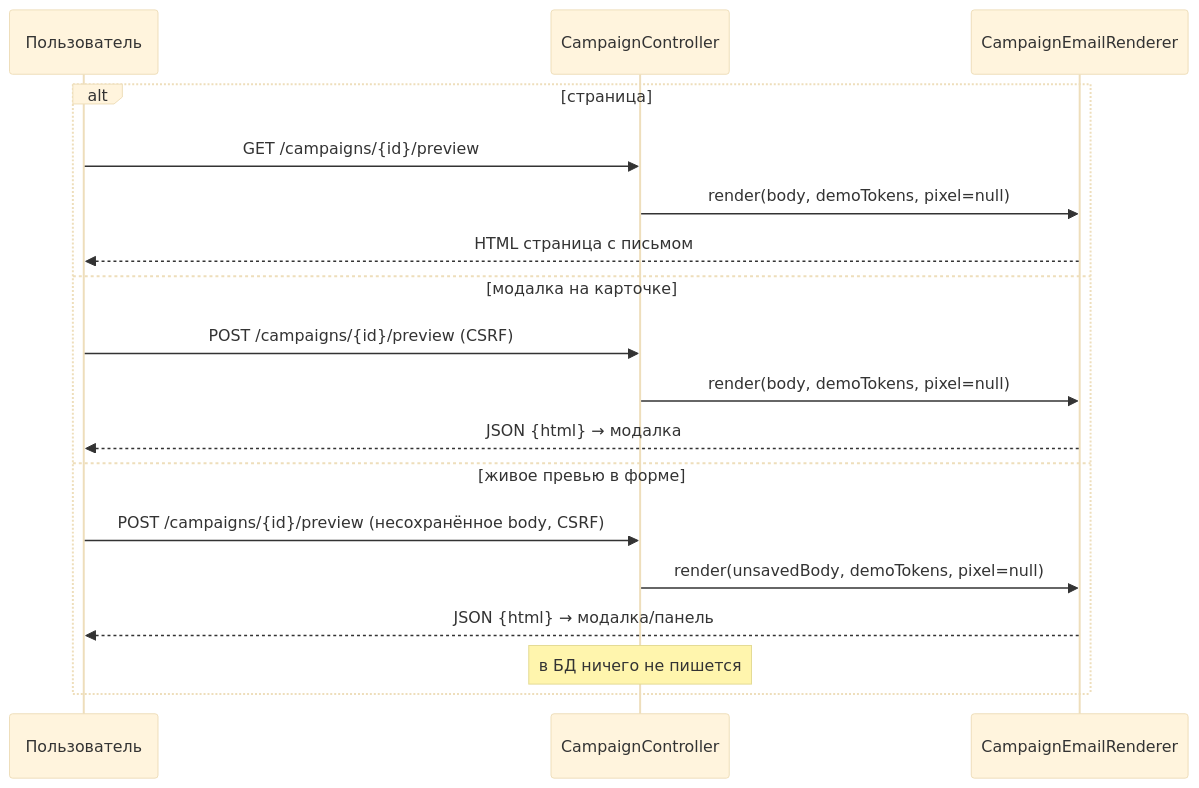
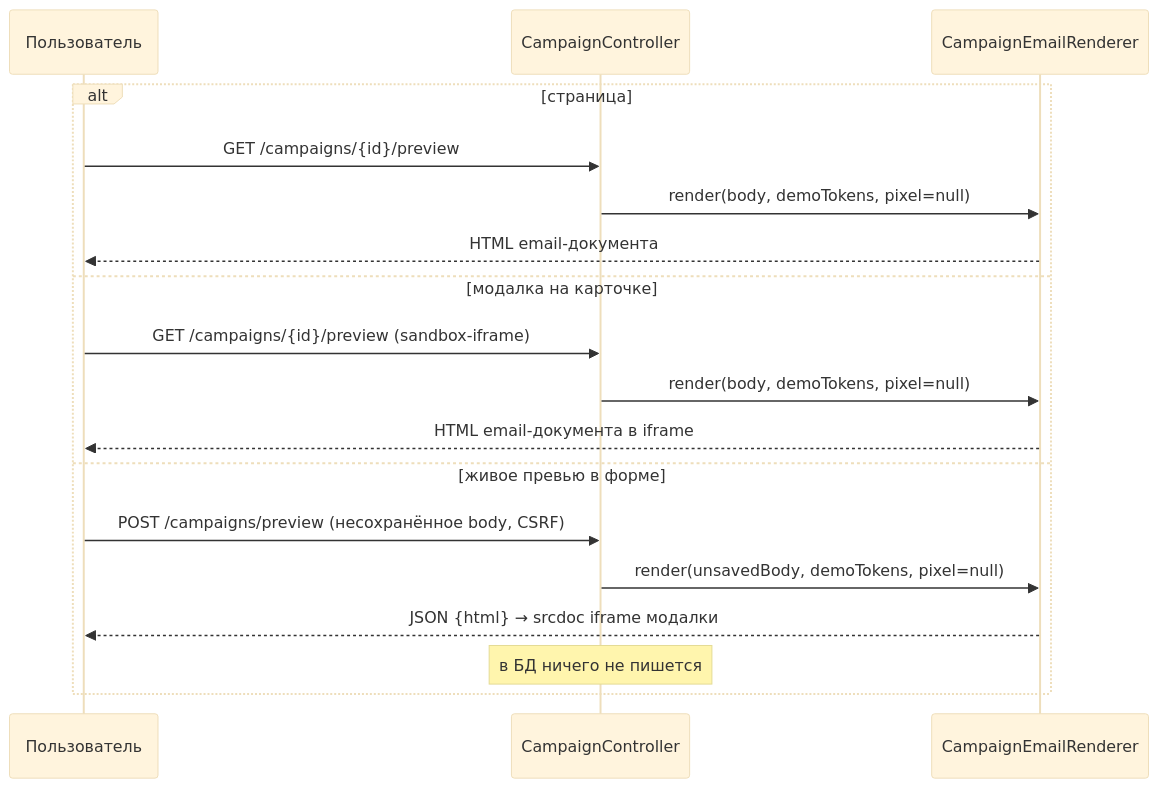
One commit to AliakseiBurak/crm-one changed the fourth of 4 diagrams in openspec/changes/wysiwyg-email-body/design.md. Above: the diagram before and after it, drawn with Mermaid (base theme). The commit also changed other lines of this file and 4 other files, not shown here.

First line of the commit message:
spec(wysiwyg-email-body): sync artifacts, complete tasks, add ADR-0014

````diff
--- a/openspec/changes/wysiwyg-email-body/design.md
+++ b/openspec/changes/wysiwyg-email-body/design.md
@@ -150,21 +150,21 @@
 ```mermaid
 sequenceDiagram
     participant U as Пользователь
     participant C as CampaignController
     participant R as CampaignEmailRenderer
 
     alt страница
         U->>C: GET /campaigns/{id}/preview
         C->>R: render(body, demoTokens, pixel=null)
-        R-->>U: HTML страница с письмом
+        R-->>U: HTML email-документа
     else модалка на карточке
-        U->>C: POST /campaigns/{id}/preview (CSRF)
+        U->>C: GET /campaigns/{id}/preview (sandbox-iframe)
         C->>R: render(body, demoTokens, pixel=null)
-        R-->>U: JSON {html} → модалка
+        R-->>U: HTML email-документа в iframe
     else живое превью в форме
-        U->>C: POST /campaigns/{id}/preview (несохранённое body, CSRF)
+        U->>C: POST /campaigns/preview (несохранённое body, CSRF)
         C->>R: render(unsavedBody, demoTokens, pixel=null)
-        R-->>U: JSON {html} → модалка/панель
+        R-->>U: JSON {html} → srcdoc iframe модалки
         Note over C: в БД ничего не пишется
     end
 ```
````
